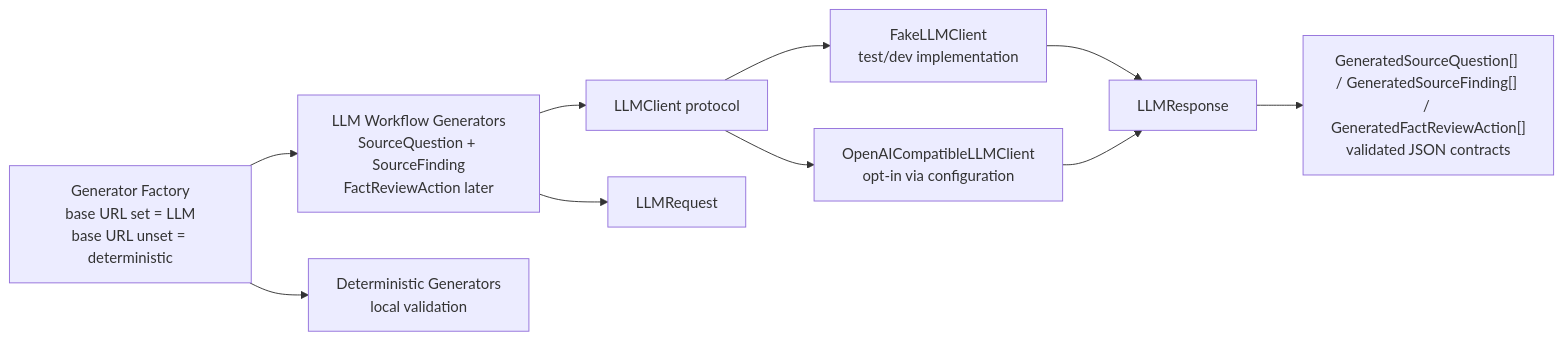
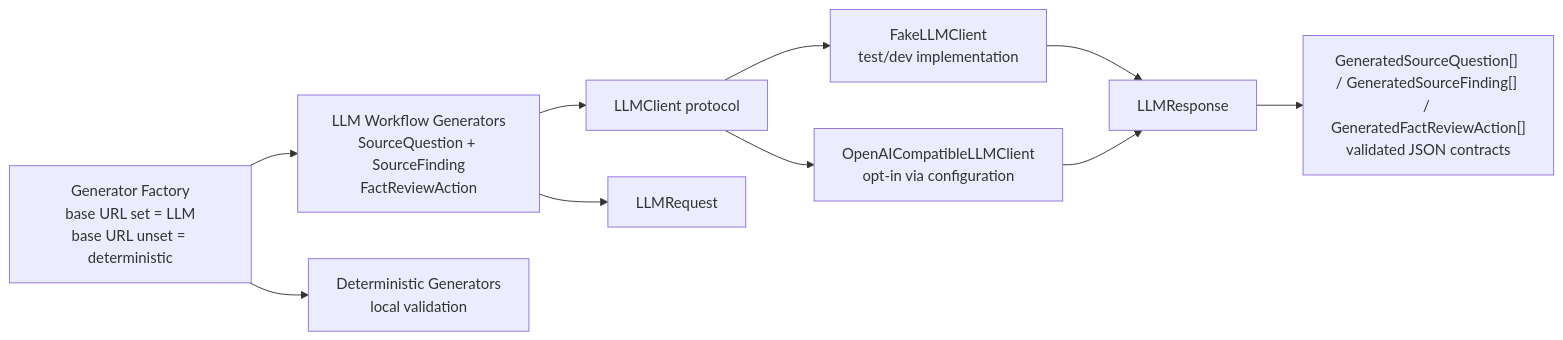
One commit to rsauers0/career-agent changed the seventh of 8 diagrams in docs/diagrams.md. Above: the diagram before and after it, drawn with Mermaid. The commit also changed 11 other files, not shown here.

First line of the commit message:
Add LLM fact review action generation

````diff
--- a/docs/diagrams.md
+++ b/docs/diagrams.md
@@ -235,22 +235,22 @@
 ```mermaid
 flowchart LR
-    WorkflowGenerator["LLM Workflow Generators<br/>SourceQuestion + SourceFinding<br/>FactReviewAction later"]
+    WorkflowGenerator["LLM Workflow Generators<br/>SourceQuestion + SourceFinding<br/>FactReviewAction"]
     Factory["Generator Factory<br/>base URL set = LLM<br/>base URL unset = deterministic"]
     Deterministic["Deterministic Generators<br/>local validation"]
     LLMClient["LLMClient protocol"]
     FakeClient["FakeLLMClient<br/>test/dev implementation"]
     OpenAIClient["OpenAICompatibleLLMClient<br/>opt-in via configuration"]
     Request["LLMRequest"]
     Response["LLMResponse"]
     Contract["GeneratedSourceQuestion[] / GeneratedSourceFinding[] / GeneratedFactReviewAction[]<br/>validated JSON contracts"]
 
     Factory --> Deterministic
     Factory --> WorkflowGenerator
     WorkflowGenerator --> Request
     WorkflowGenerator --> LLMClient
     LLMClient --> FakeClient
     LLMClient --> OpenAIClient
     FakeClient --> Response
     OpenAIClient --> Response
     Response --> Contract
 ```
````
